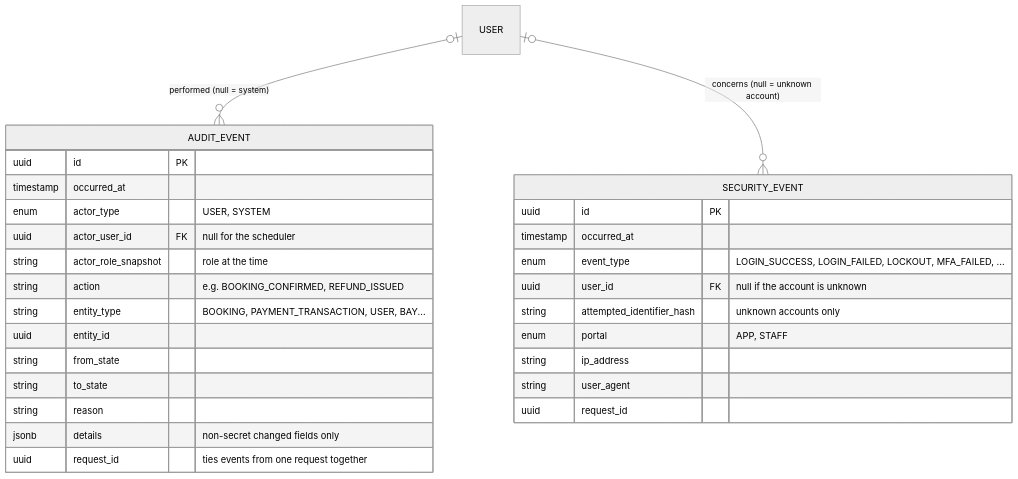
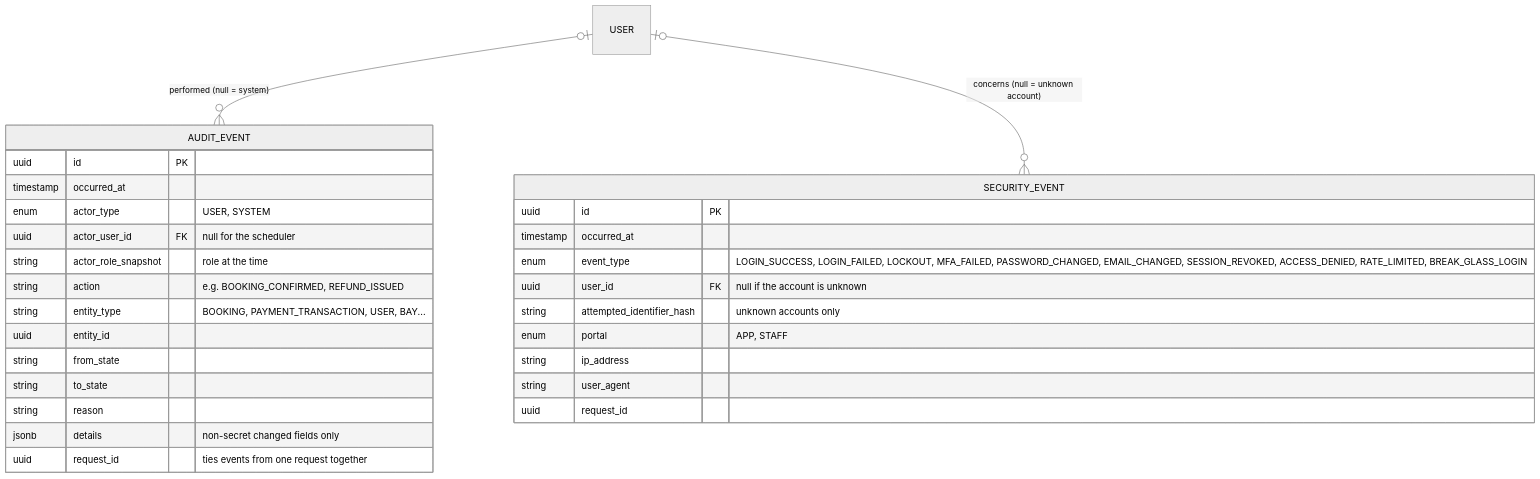
One commit to supremkarkee/Team-Weird changed the sixth of 7 diagrams in docs/spec/ERD.md. Above: the diagram before and after it, drawn with Mermaid (neutral theme). The commit also changed other lines of this file and 1 other file, not shown here.

Commit message:
docs: addressed change in ERD for SECURITY_EVENTS

````diff
--- a/docs/spec/ERD.md
+++ b/docs/spec/ERD.md
@@ -366,32 +366,32 @@
 ```mermaid
 erDiagram
     USER |o--o{ AUDIT_EVENT : "performed (null = system)"
     USER |o--o{ SECURITY_EVENT : "concerns (null = unknown account)"
 
     AUDIT_EVENT {
         uuid id PK
         timestamp occurred_at
         enum actor_type "USER, SYSTEM"
         uuid actor_user_id FK "null for the scheduler"
         string actor_role_snapshot "role at the time"
         string action "e.g. BOOKING_CONFIRMED, REFUND_ISSUED"
         string entity_type "BOOKING, PAYMENT_TRANSACTION, USER, BAY..."
         uuid entity_id
         string from_state
         string to_state
         string reason
         jsonb details "non-secret changed fields only"
         uuid request_id "ties events from one request together"
     }
     SECURITY_EVENT {
         uuid id PK
         timestamp occurred_at
-        enum event_type "LOGIN_SUCCESS, LOGIN_FAILED, LOCKOUT, MFA_FAILED, ..."
+        enum event_type "LOGIN_SUCCESS, LOGIN_FAILED, LOCKOUT, MFA_FAILED, PASSWORD_CHANGED, EMAIL_CHANGED, SESSION_REVOKED, ACCESS_DENIED, RATE_LIMITED, BREAK_GLASS_LOGIN"
         uuid user_id FK "null if the account is unknown"
         string attempted_identifier_hash "unknown accounts only"
         enum portal "APP, STAFF"
         string ip_address
         string user_agent
         uuid request_id
     }
 ```
````
